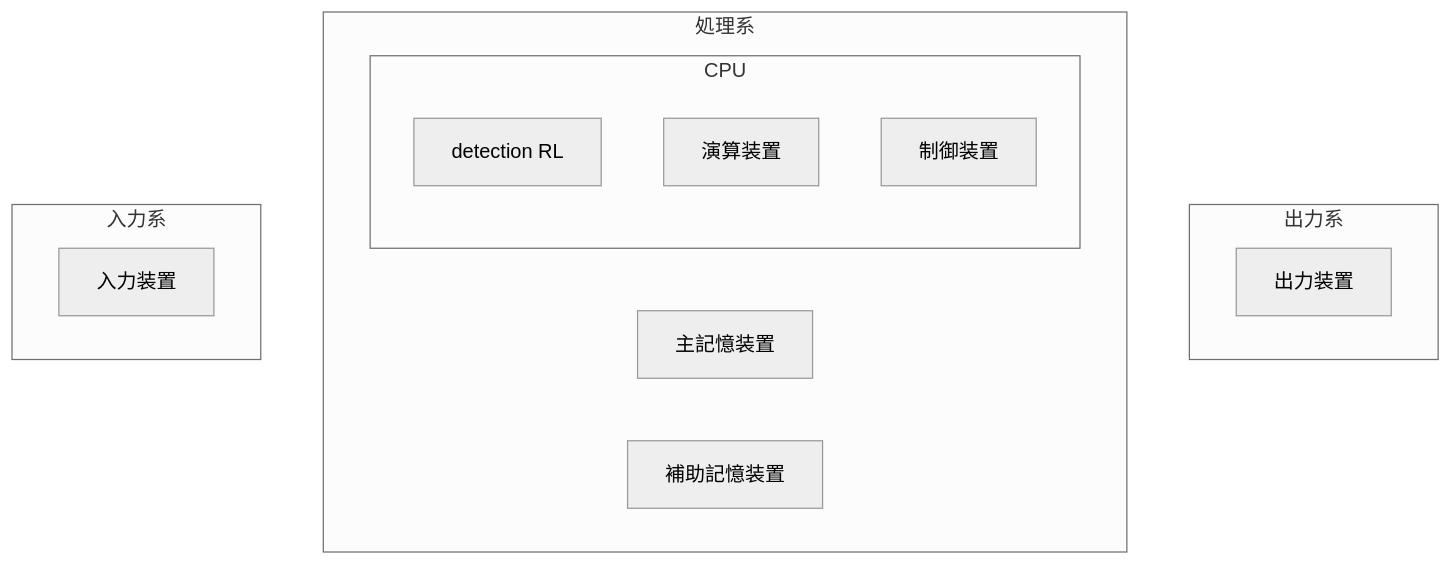
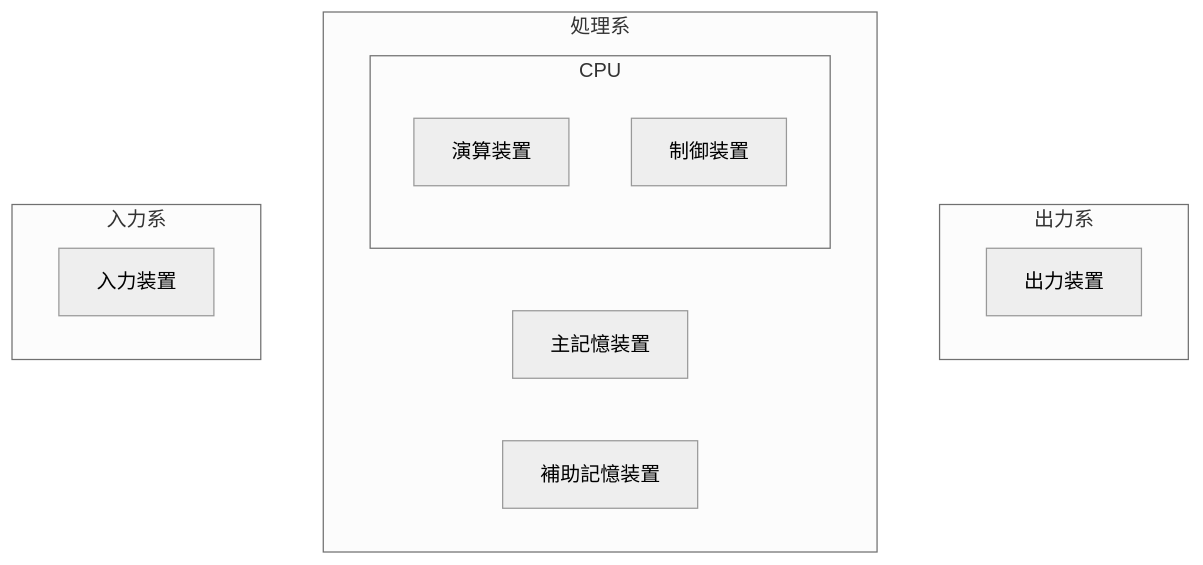
Before and after one commit to Bassiy/share_knowledge: the diagram in concepts/computer_architecture.md, drawn with Mermaid (neutral theme).

Commit message:
sync: update from info repo

````diff
--- a/concepts/computer_architecture.md
+++ b/concepts/computer_architecture.md
@@ -10,20 +10,19 @@
 ```mermaid
 flowchart TB
     subgraph 出力系
         OUT[出力装置]
     end
 
     subgraph 処理系
         subgraph CPU
-            DET["detection RL"]
             ALU[演算装置]
             CTL[制御装置]
         end
         MEM[主記憶装置]
         AUX[補助記憶装置]
     end
 
     subgraph 入力系
         IN[入力装置]
     end
 ```
````
